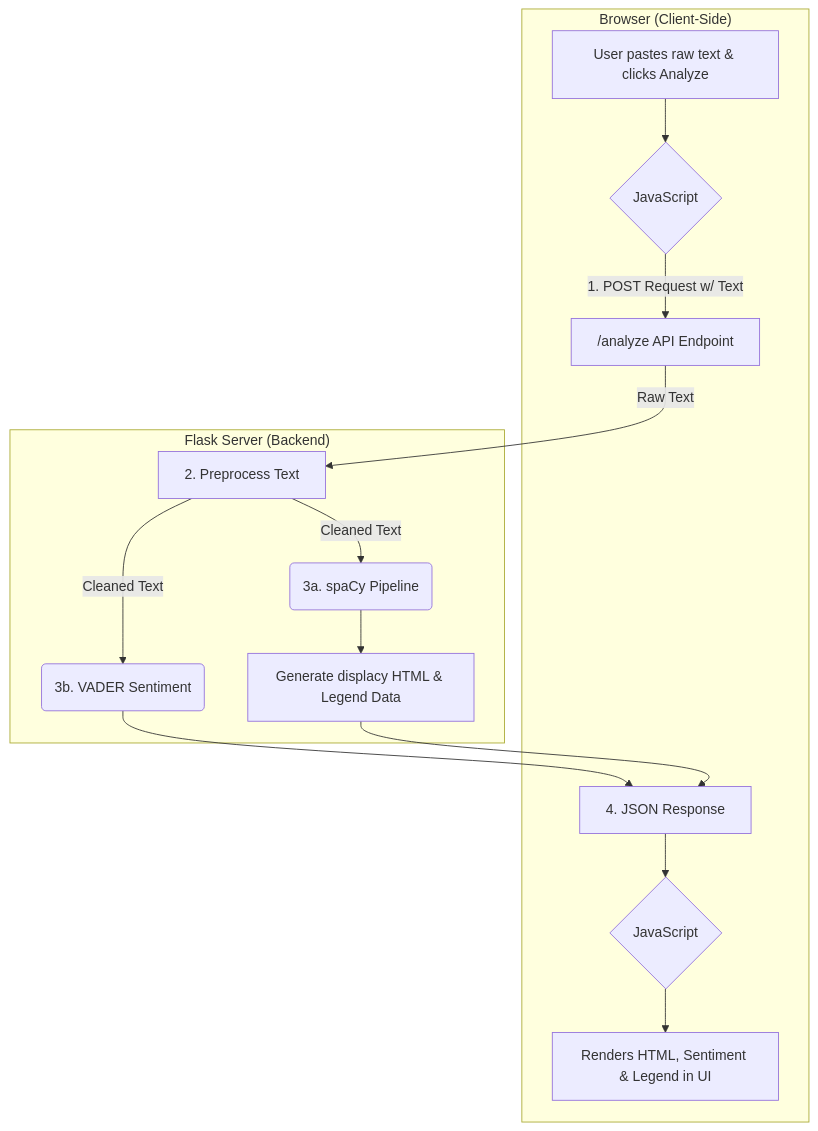
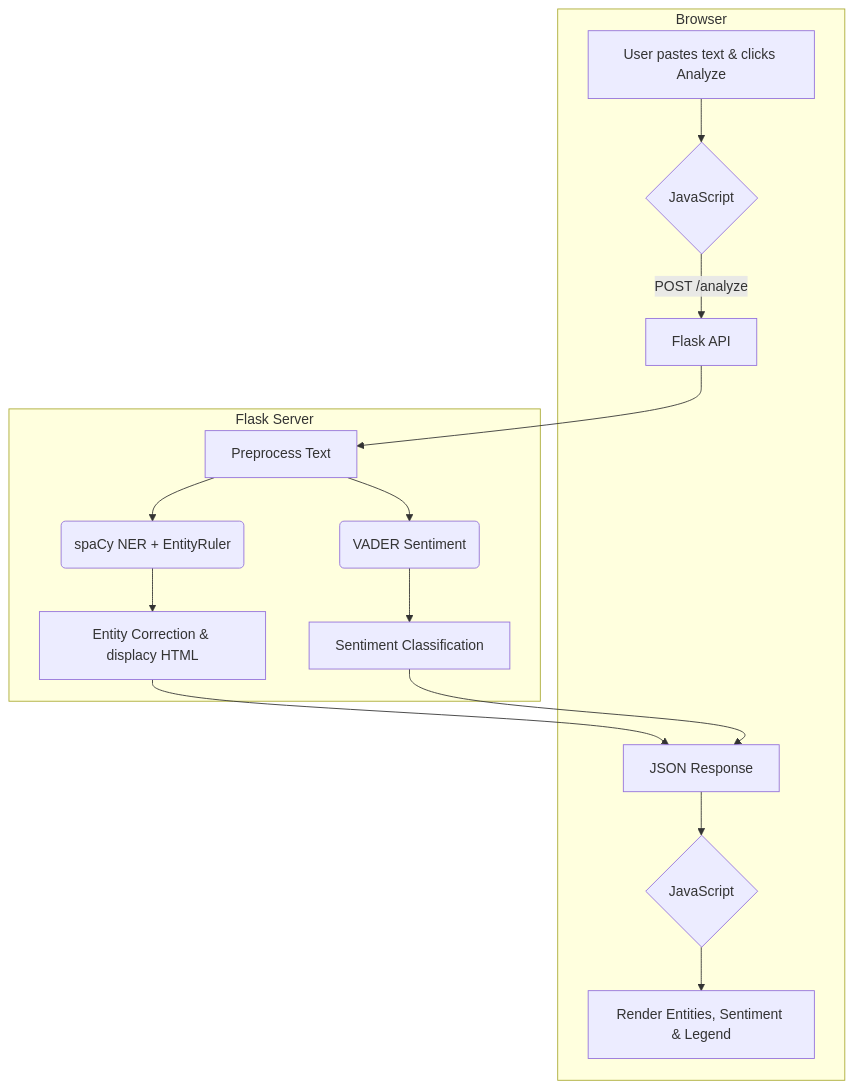
One commit to LordAizen1/finsight-nlp-app changed the second of 2 diagrams in README.md. Above: the diagram before and after it, drawn with Mermaid. The commit also changed other lines of this file and 24 other files, not shown here.

````diff
--- a/README.md
+++ b/README.md
@@ -18,17 +44,19 @@
 ```mermaid
 graph TD
-    subgraph "Browser (Client-Side)"
-        A["User pastes raw text & clicks Analyze"] --> B{JavaScript};
-        B -- "1. POST Request w/ Text" --> C["/analyze API Endpoint"];
-        F["4. JSON Response"] --> G{JavaScript};
-        G --> H["Renders HTML, Sentiment & Legend in UI"];
+    subgraph "Browser"
+        A["User pastes text & clicks Analyze"] --> B{JavaScript}
+        B -- "POST /analyze" --> C[Flask API]
+        F[JSON Response] --> G{JavaScript}
+        G --> H[Render Entities, Sentiment & Legend]
     end
 
-    subgraph "Flask Server (Backend)"
-        C -- "Raw Text" --> D["2. Preprocess Text"];
-        D -- "Cleaned Text" --> E("3a. spaCy Pipeline");
-        D -- "Cleaned Text" --> I("3b. VADER Sentiment");
-        E --> J["Generate displacy HTML & Legend Data"];
-        I & J --> F;
+    subgraph "Flask Server"
+        C --> D[Preprocess Text]
+        D --> E1("spaCy NER + EntityRuler")
+        D --> E2("VADER Sentiment")
+        E1 --> I[Entity Correction & displacy HTML]
+        E2 --> J[Sentiment Classification]
+        I --> F
+        J --> F
     end
 ```
````
